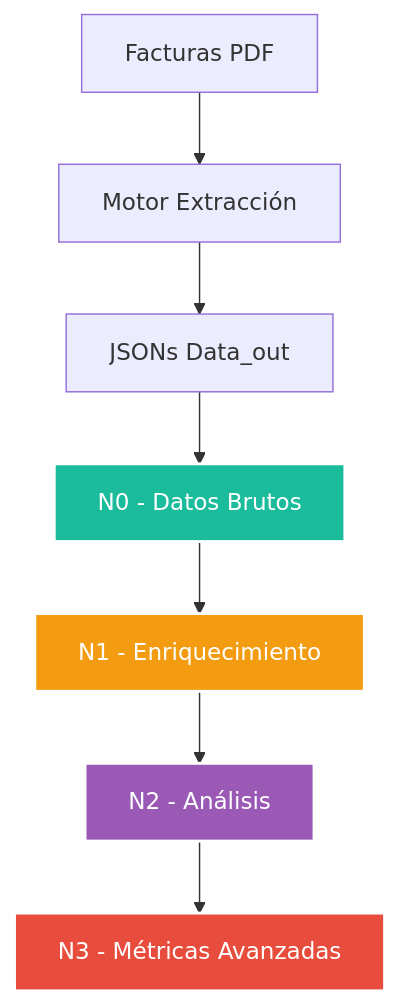
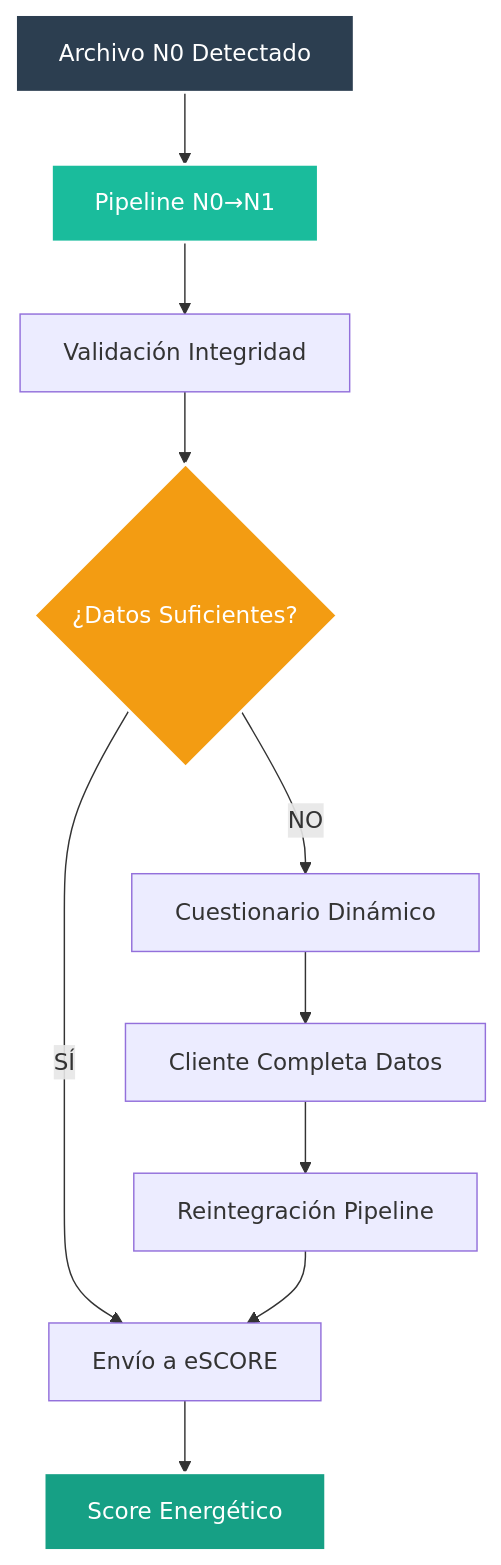
One commit to EGD2024/db-watioverse changed the first of 2 diagrams in README.md. Above: the diagram before and after it, drawn with Mermaid. The commit also changed other lines of this file and 34 other files, not shown here.

````diff
--- a/README.md
+++ b/README.md
@@ -72,14 +49,17 @@
 ```mermaid
 graph TD
-    A[Facturas PDF] --> B[Motor Extracción]
-    B --> C[JSONs Data_out]
-    C --> D[N0 - Datos Brutos]
-    D --> E[N1 - Enriquecimiento]
-    E --> F[N2 - Análisis]
-    F --> G[N3 - Métricas Avanzadas]
+    A[Archivo N0 Detectado] --> B[Pipeline N0→N1]
+    B --> C[Validación Integridad]
+    C --> D{¿Datos Suficientes?}
+    D -->|SÍ| E[Envío a eSCORE]
+    D -->|NO| F[Cuestionario Dinámico]
+    F --> G[Cliente Completa Datos]
+    G --> H[Reintegración Pipeline]
+    H --> E
+    E --> I[Score Energético]
     
-    style D fill:#1ABC9C,stroke:#ffffff,stroke-width:2px,color:#ffffff
-    style E fill:#F39C12,stroke:#ffffff,stroke-width:2px,color:#ffffff
-    style F fill:#9B59B6,stroke:#ffffff,stroke-width:2px,color:#ffffff
-    style G fill:#E74C3C,stroke:#ffffff,stroke-width:2px,color:#ffffff
+    style A fill:#2C3E50,stroke:#ffffff,stroke-width:2px,color:#ffffff
+    style B fill:#1ABC9C,stroke:#ffffff,stroke-width:2px,color:#ffffff
+    style D fill:#F39C12,stroke:#ffffff,stroke-width:2px,color:#ffffff
+    style I fill:#16A085,stroke:#ffffff,stroke-width:2px,color:#ffffff
 ```
````
